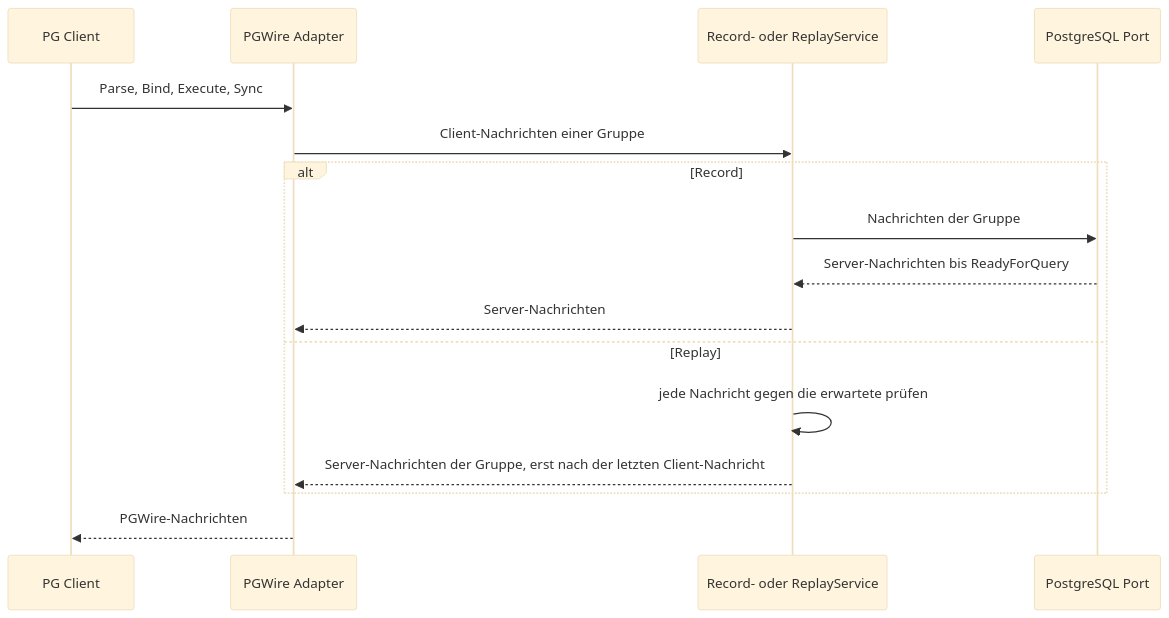
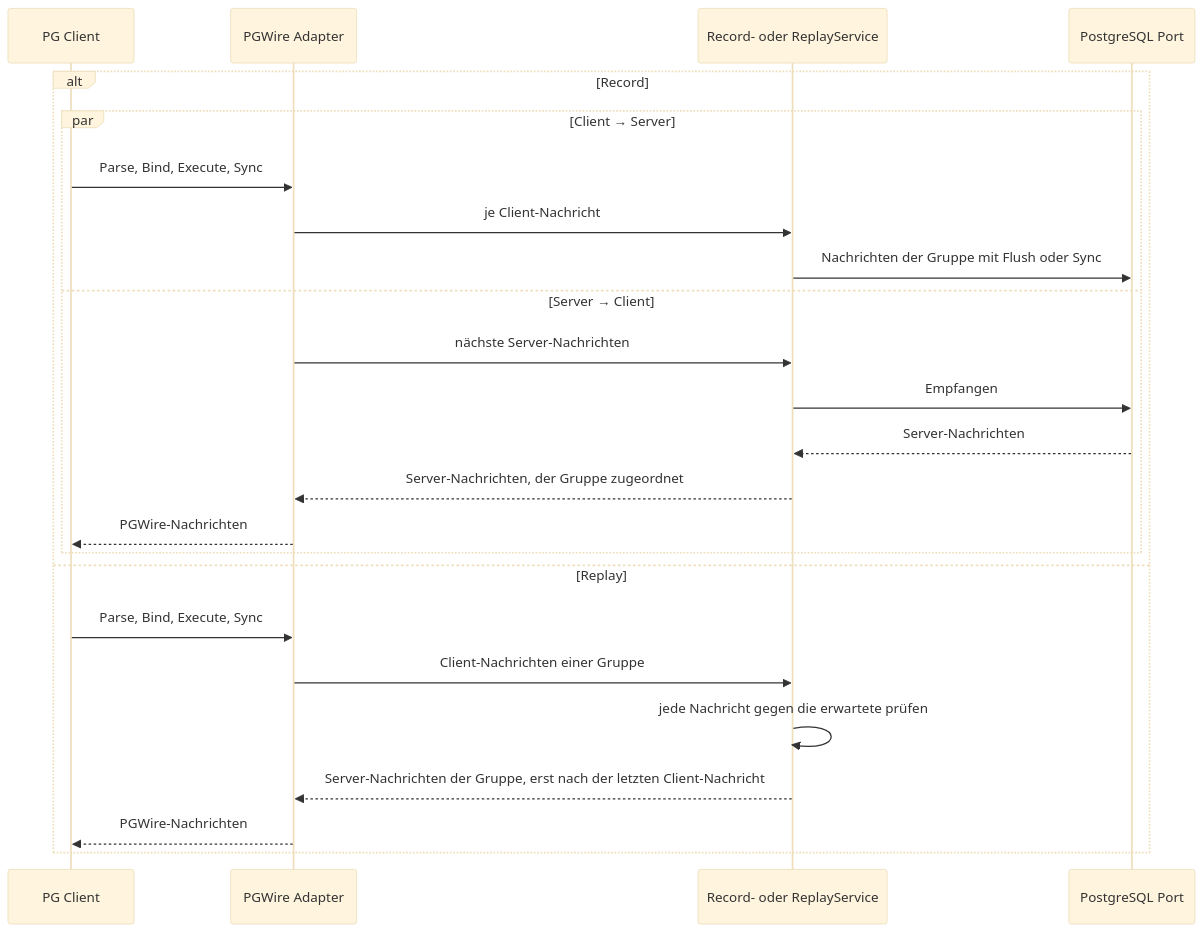
The fifth of 8 diagrams in spec/architecture.md (pt9912/pgwire-recorder), drawn with Mermaid (base theme) before and after one commit. The commit also changed other lines of this file and 24 other files, not shown here.

````diff
--- a/spec/architecture.md
+++ b/spec/architecture.md
@@ -359,18 +364,26 @@
 ```mermaid
 sequenceDiagram
     participant Client as PG Client
     participant PGW as PGWire Adapter
     participant Svc as Record- oder ReplayService
     participant PG as PostgreSQL Port
-    Client->>PGW: Parse, Bind, Execute, Sync
-    PGW->>Svc: Client-Nachrichten einer Gruppe
     alt Record
-        Svc->>PG: Nachrichten der Gruppe
-        PG-->>Svc: Server-Nachrichten bis ReadyForQuery
-        Svc-->>PGW: Server-Nachrichten
+        par Client → Server
+            Client->>PGW: Parse, Bind, Execute, Sync
+            PGW->>Svc: je Client-Nachricht
+            Svc->>PG: Nachrichten der Gruppe mit Flush oder Sync
+        and Server → Client
+            PGW->>Svc: nächste Server-Nachrichten
+            Svc->>PG: Empfangen
+            PG-->>Svc: Server-Nachrichten
+            Svc-->>PGW: Server-Nachrichten, der Gruppe zugeordnet
+            PGW-->>Client: PGWire-Nachrichten
+        end
     else Replay
+        Client->>PGW: Parse, Bind, Execute, Sync
+        PGW->>Svc: Client-Nachrichten einer Gruppe
         Svc->>Svc: jede Nachricht gegen die erwartete prüfen
         Svc-->>PGW: Server-Nachrichten der Gruppe, erst nach der letzten Client-Nachricht
+        PGW-->>Client: PGWire-Nachrichten
     end
-    PGW-->>Client: PGWire-Nachrichten
 ```
````
